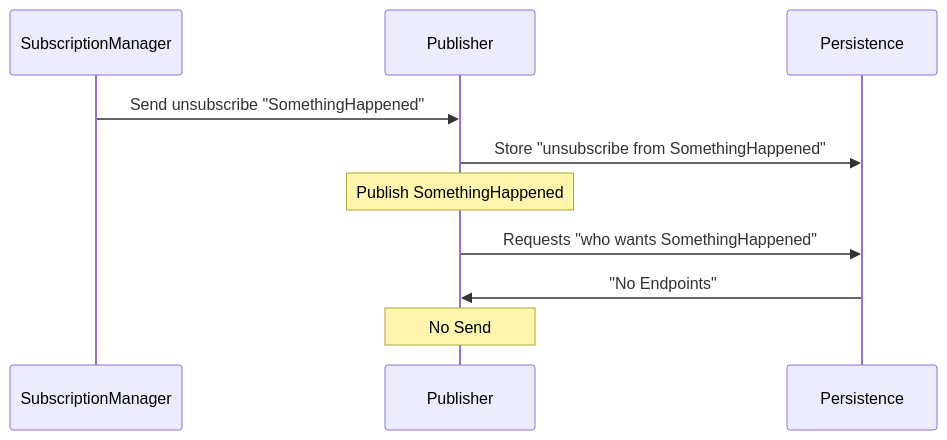
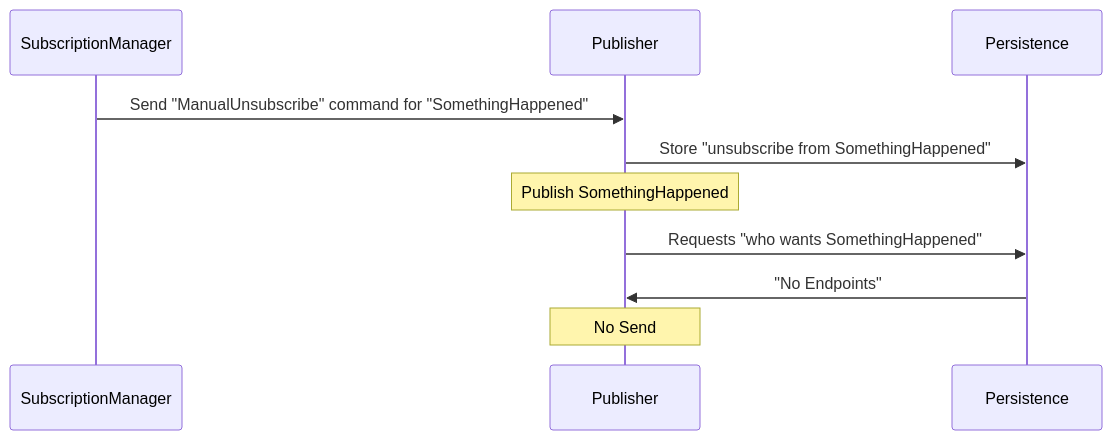
The second of 2 diagrams in samples/manual-unsubscribe/sample.md (Particular/docs.particular.net), drawn with Mermaid before and after one commit. The commit also changed other lines of this file, not shown here.

````diff
--- a/samples/manual-unsubscribe/sample.md
+++ b/samples/manual-unsubscribe/sample.md
@@ -51,12 +51,12 @@
 ```mermaid
 sequenceDiagram
 Participant SubscriptionManager AS SubscriptionManager
 Participant Publisher
 Participant Persistence
-SubscriptionManager ->> Publisher: Send unsubscribe "SomethingHappened"
+SubscriptionManager ->> Publisher: Send "ManualUnsubscribe" command for "SomethingHappened" 
 Publisher ->> Persistence: Store "unsubscribe from SomethingHappened"
 Note over Publisher: Publish SomethingHappened
 Publisher ->> Persistence: Requests "who wants SomethingHappened"
 Persistence ->> Publisher: "No Endpoints"
 Note over Publisher: No Send
 ```
````
